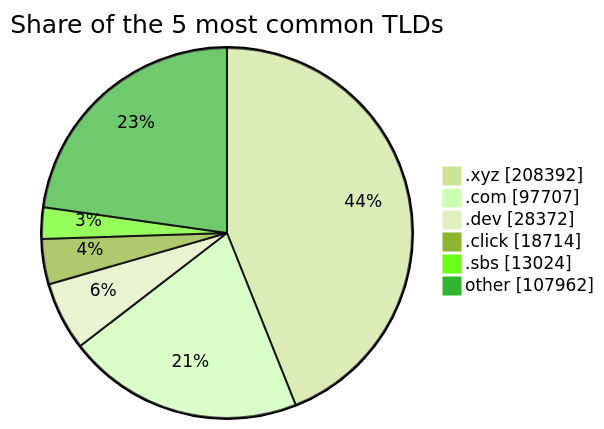
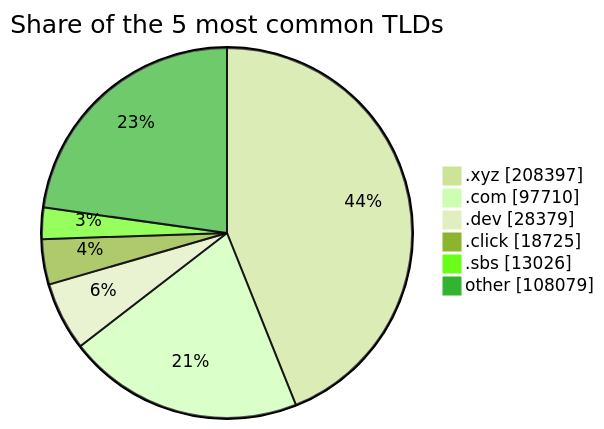
Before and after one commit to DNSBunker/CTI: the second of 2 diagrams in README.md, drawn with Mermaid (forest theme). The commit also changed other lines of this file and 3 other files, not shown here.

````diff
--- a/README.md
+++ b/README.md
@@ -72,9 +72,9 @@
 ```mermaid
 pie showData title Share of the 5 most common TLDs
-    ".xyz" : 208392
-    ".com" : 97707
-    ".dev" : 28372
-    ".click" : 18714
-    ".sbs" : 13024
-    "other" : 107962
+    ".xyz" : 208397
+    ".com" : 97710
+    ".dev" : 28379
+    ".click" : 18725
+    ".sbs" : 13026
+    "other" : 108079
 ```
````
